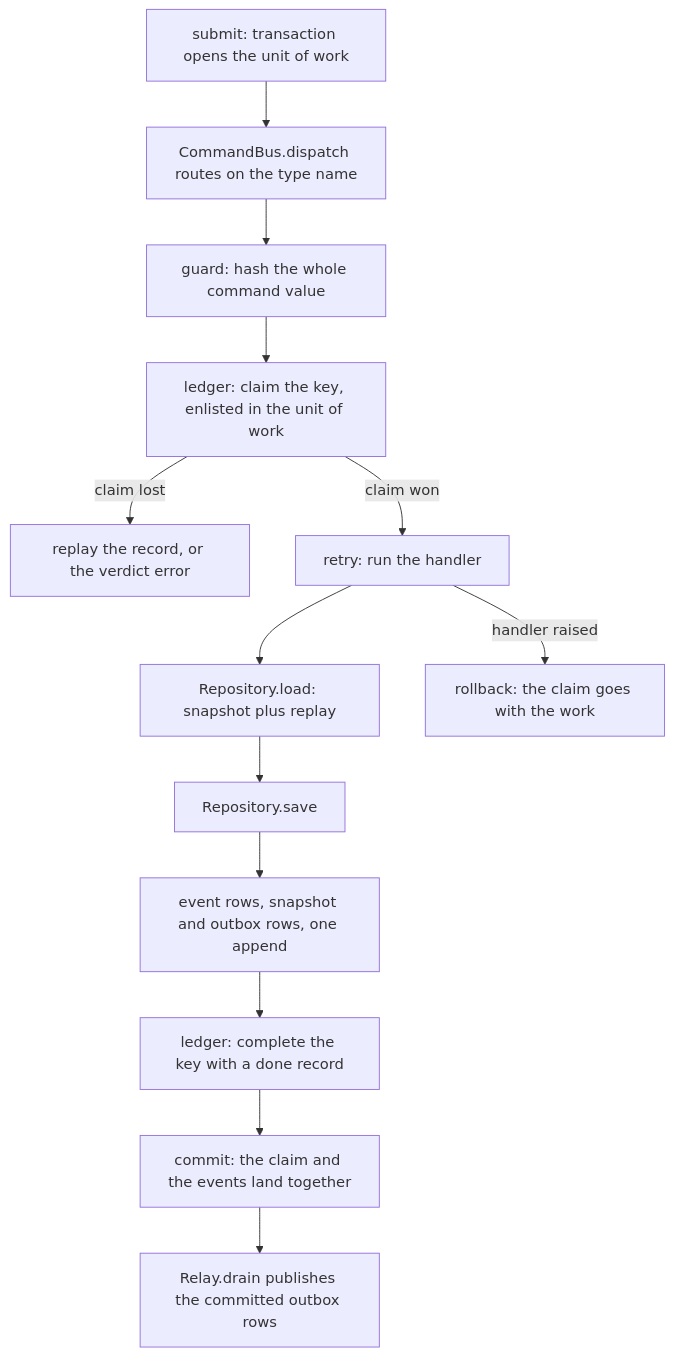
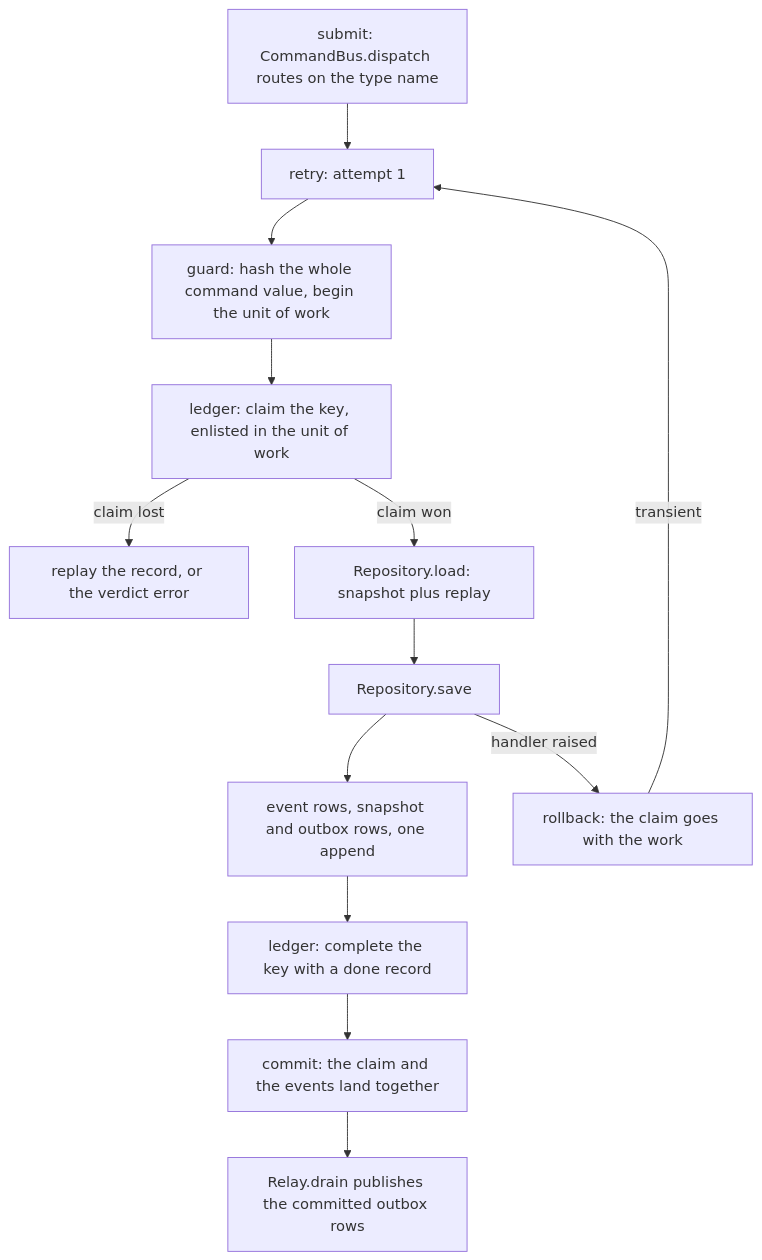
Before and after one commit to haskian/edax: the third of 3 diagrams in docs/sdk/commands.md, drawn with Mermaid. The commit also changed other lines of this file and 234 other files, not shown here.

````diff
--- a/docs/sdk/commands.md
+++ b/docs/sdk/commands.md
@@ -304,15 +311,15 @@
 ```mermaid
 flowchart TB
-    A["submit: transaction opens the unit of work"] --> B["CommandBus.dispatch routes on the type name"]
-    B --> C["guard: hash the whole command value"]
+    A["submit: CommandBus.dispatch routes on the type name"] --> B["retry: attempt 1"]
+    B --> C["guard: hash the whole command value, begin the unit of work"]
     C --> D["ledger: claim the key, enlisted in the unit of work"]
     D -- "claim lost" --> R["replay the record, or the verdict error"]
-    D -- "claim won" --> E["retry: run the handler"]
-    E --> F["Repository.load: snapshot plus replay"]
+    D -- "claim won" --> F["Repository.load: snapshot plus replay"]
     F --> G["Repository.save"]
     G --> H["event rows, snapshot and outbox rows, one append"]
     H --> I["ledger: complete the key with a done record"]
     I --> J["commit: the claim and the events land together"]
-    E -- "handler raised" --> K["rollback: the claim goes with the work"]
+    G -- "handler raised" --> K["rollback: the claim goes with the work"]
+    K -- "transient" --> B
     J --> L["Relay.drain publishes the committed outbox rows"]
 ```
````
